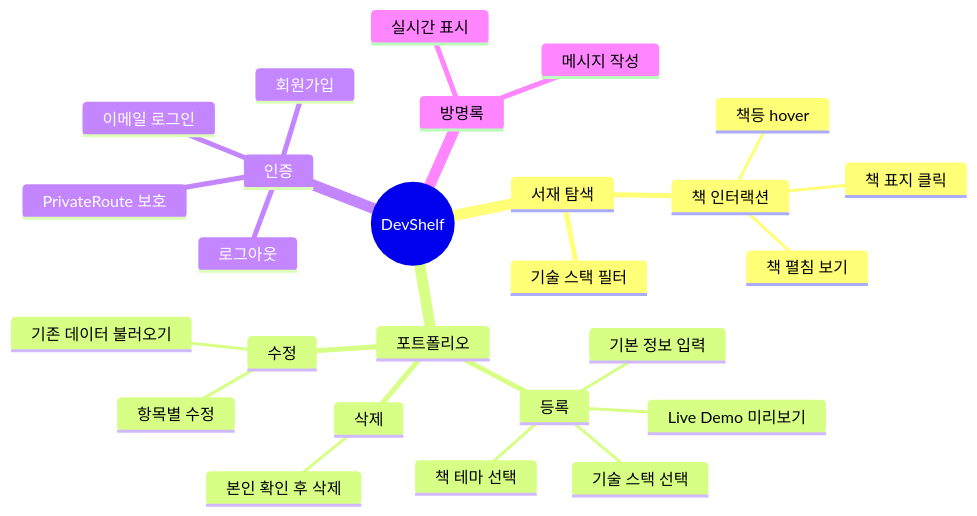
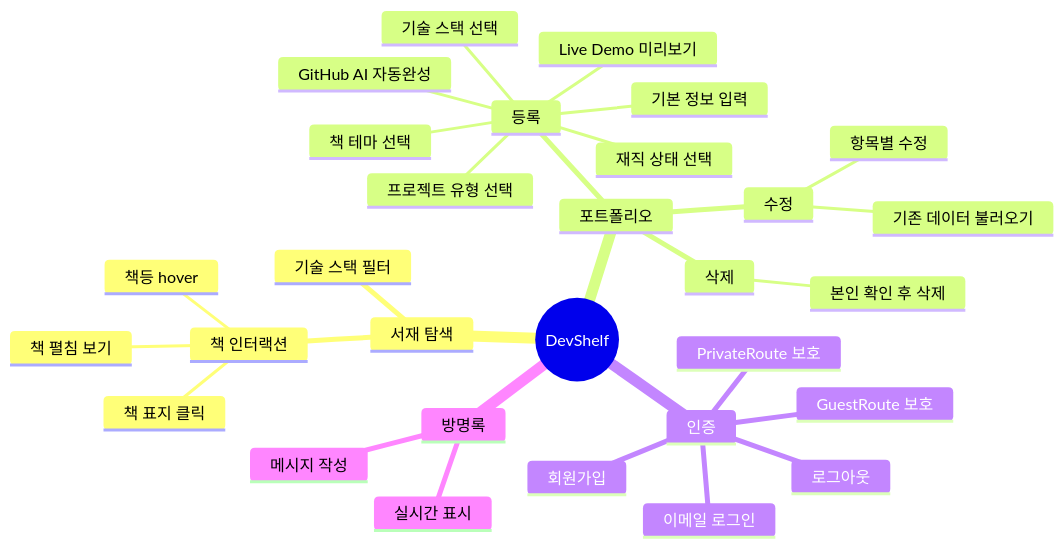
Before and after one commit to front-jeju/devshelf: the first of 7 diagrams in README.md, drawn with Mermaid. The commit also changed other lines of this file, not shown here.

````diff
--- a/README.md
+++ b/README.md
@@ -90,29 +124,33 @@
 ```mermaid
 mindmap
   root((DevShelf))
     서재 탐색
       기술 스택 필터
       책 인터랙션
         책등 hover
         책 표지 클릭
         책 펼침 보기
     포트폴리오
       등록
         기본 정보 입력
         기술 스택 선택
+        재직 상태 선택
+        프로젝트 유형 선택
         책 테마 선택
         Live Demo 미리보기
+        GitHub AI 자동완성
       수정
         기존 데이터 불러오기
         항목별 수정
       삭제
         본인 확인 후 삭제
     인증
       이메일 로그인
       회원가입
       로그아웃
       PrivateRoute 보호
+      GuestRoute 보호
     방명록
       메시지 작성
       실시간 표시
 ```
````
